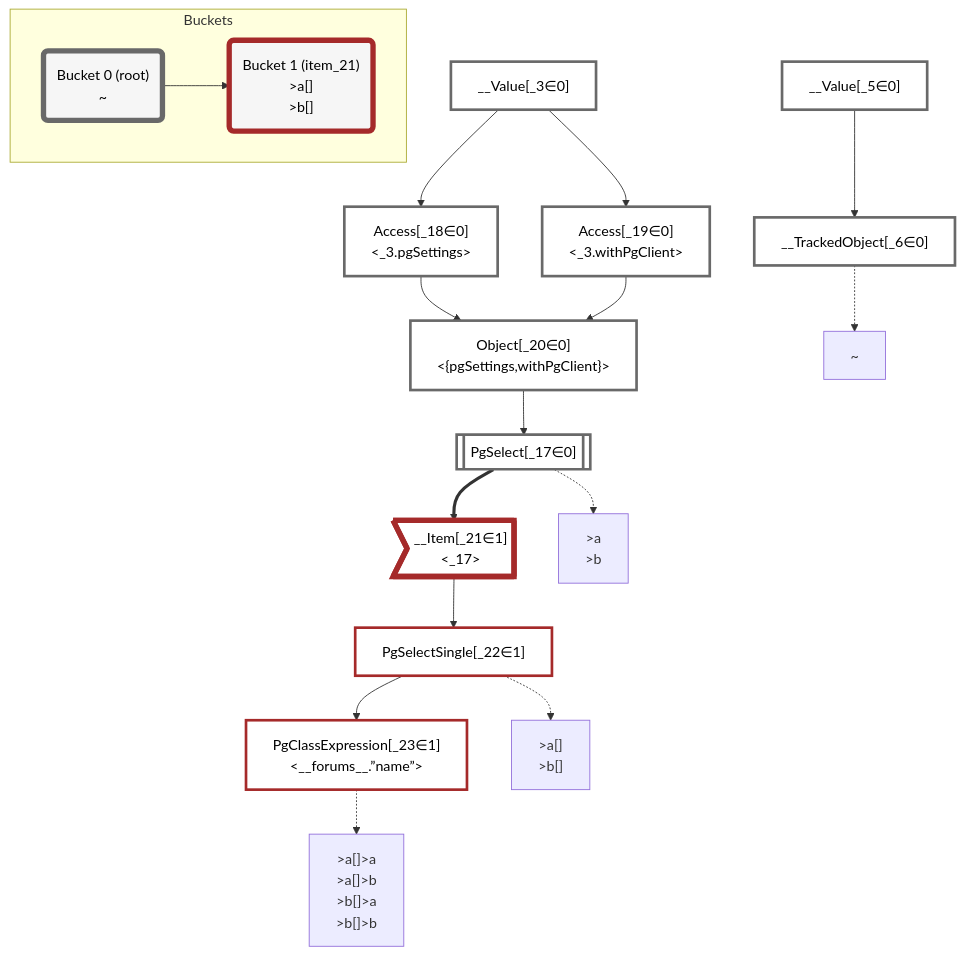
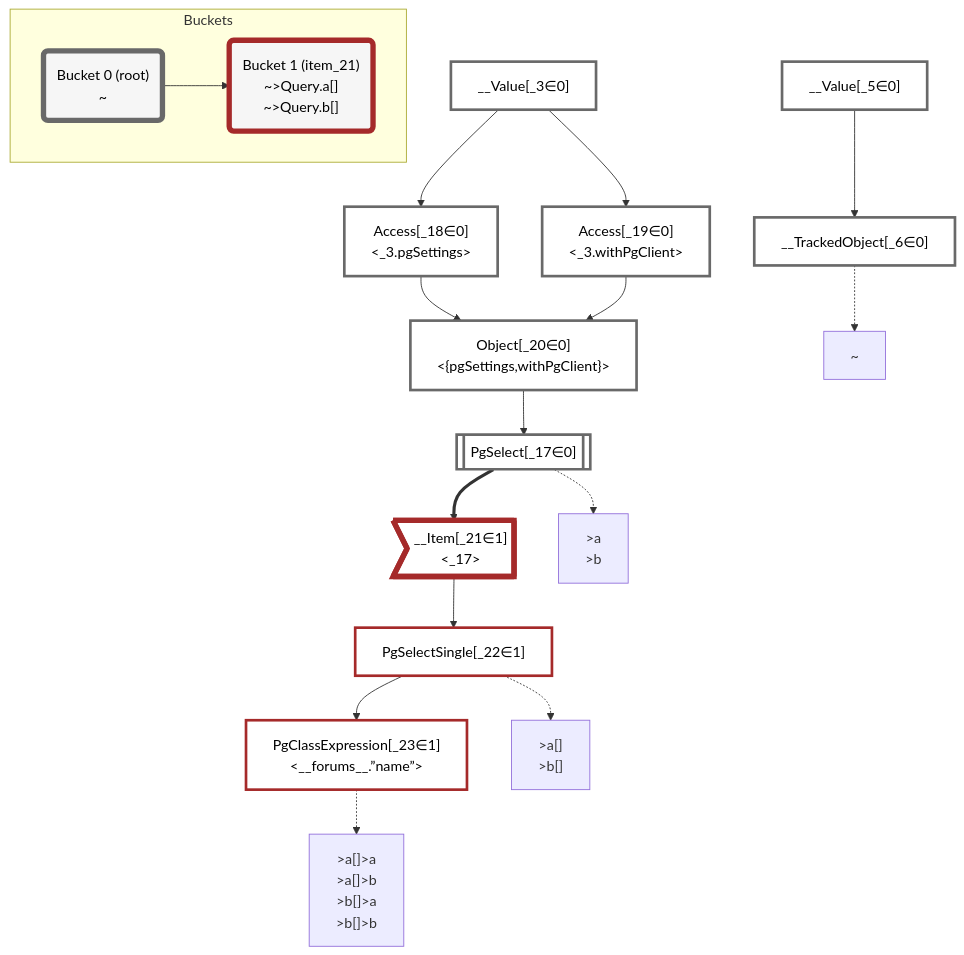
One commit to graphile/crystal changed the diagram in packages/dataplan-pg/__tests__/queries/super-simple/many-field-aliases.deopt.mermaid.md. Above: the diagram before and after it, drawn with Mermaid. The commit also changed 141 other files, not shown here.

````diff
--- a/packages/dataplan-pg/__tests__/queries/super-simple/many-field-aliases.deopt.mermaid.md
+++ b/packages/dataplan-pg/__tests__/queries/super-simple/many-field-aliases.deopt.mermaid.md
@@ -1,56 +1,56 @@
 ```mermaid
 graph TD
     classDef path fill:#eee,stroke:#000,color:#000
     classDef plan fill:#fff,stroke-width:3px,color:#000
     classDef itemplan fill:#fff,stroke-width:6px,color:#000
     classDef sideeffectplan fill:#f00,stroke-width:6px,color:#000
     classDef bucket fill:#f6f6f6,color:#000,stroke-width:6px
 
 
     %% define plans
     __Value_3["__Value[_3∈0]<br /><context>"]:::plan
     __Value_5["__Value[_5∈0]<br /><rootValue>"]:::plan
     __TrackedObject_6["__TrackedObject[_6∈0]"]:::plan
     PgSelect_17[["PgSelect[_17∈0]<br /><forums>"]]:::plan
     Access_18["Access[_18∈0]<br /><_3.pgSettings>"]:::plan
     Access_19["Access[_19∈0]<br /><_3.withPgClient>"]:::plan
     Object_20["Object[_20∈0]<br /><{pgSettings,withPgClient}>"]:::plan
     __Item_21>"__Item[_21∈1]<br /><_17>"]:::itemplan
     PgSelectSingle_22["PgSelectSingle[_22∈1]<br /><forums>"]:::plan
     PgClassExpression_23["PgClassExpression[_23∈1]<br /><__forums__.”name”>"]:::plan
 
     %% plan dependencies
     __Value_5 --> __TrackedObject_6
     Object_20 --> PgSelect_17
     __Value_3 --> Access_18
     __Value_3 --> Access_19
     Access_18 --> Object_20
     Access_19 --> Object_20
     PgSelect_17 ==> __Item_21
     __Item_21 --> PgSelectSingle_22
     PgSelectSingle_22 --> PgClassExpression_23
 
     %% plan-to-path relationships
     P1["~"]
     __TrackedObject_6 -.-> P1
     P2[">a<br />>b"]
     PgSelect_17 -.-> P2
     P3[">a[]<br />>b[]"]
     PgSelectSingle_22 -.-> P3
     P4[">a[]>a<br />>a[]>b<br />>b[]>a<br />>b[]>b"]
     PgClassExpression_23 -.-> P4
 
     %% allocate buckets
     classDef bucket0 stroke:#696969
     class __Value_3,__Value_5,__TrackedObject_6,PgSelect_17,Access_18,Access_19,Object_20 bucket0
     classDef bucket1 stroke:#a52a2a
     class __Item_21,PgSelectSingle_22,PgClassExpression_23 bucket1
 
     subgraph Buckets
     Bucket0("Bucket 0 (root)<br />~"):::bucket
     style Bucket0 stroke:#696969
-    Bucket1("Bucket 1 (item_21)<br />>a[]<br />>b[]"):::bucket
+    Bucket1("Bucket 1 (item_21)<br />~>Query.a[]<br />~>Query.b[]"):::bucket
     style Bucket1 stroke:#a52a2a
     Bucket0 --> Bucket1
     end
 ```
````
